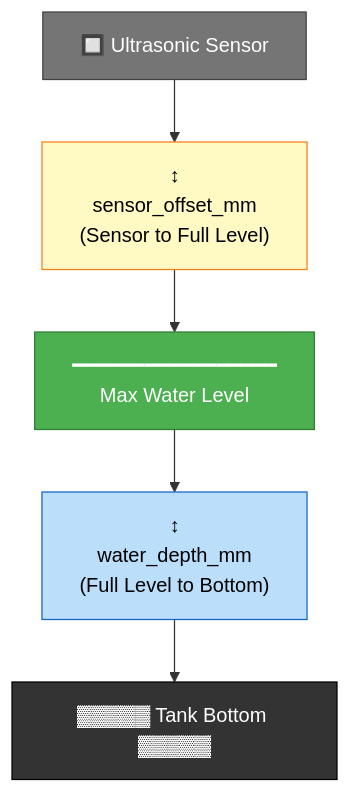
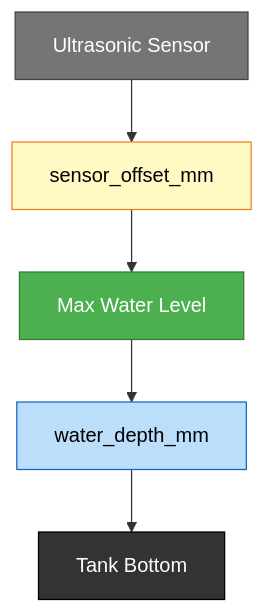
One commit to AHoran/esphome-templates changed the diagram in README.md. Above: the diagram before and after it, drawn with Mermaid. The commit also changed other lines of this file, not shown here.

Commit message:
docs: simplify Mermaid diagram for GitHub compatibility

````diff
--- a/README.md
+++ b/README.md
@@ -123,20 +123,19 @@
 ```mermaid
----
-config:
-  theme: default
----
-flowchart TB
-    S[🔲 Ultrasonic Sensor]
-    SO["↕<br/>sensor_offset_mm<br/>(Sensor to Full Level)"]
-    FL["━━━━━━━━━━━━━━━━━<br/>Max Water Level"]
-    WD["↕<br/>water_depth_mm<br/>(Full Level to Bottom)"]
-    TB["▓▓▓▓▓ Tank Bottom ▓▓▓▓▓"]
+graph TD
+    S[Ultrasonic Sensor]
+    SO[sensor_offset_mm]
+    FL[Max Water Level]
+    WD[water_depth_mm]
+    TB[Tank Bottom]
     
-    S --> SO --> FL --> WD --> TB
+    S --> SO
+    SO --> FL
+    FL --> WD
+    WD --> TB
     
     style S fill:#757575,stroke:#424242,color:#fff
     style FL fill:#4CAF50,stroke:#2E7D32,color:#fff
     style TB fill:#333,stroke:#000,color:#fff
     style SO fill:#FFF9C4,stroke:#F57F17,color:#000
     style WD fill:#BBDEFB,stroke:#1565C0,color:#000
 ```
````
